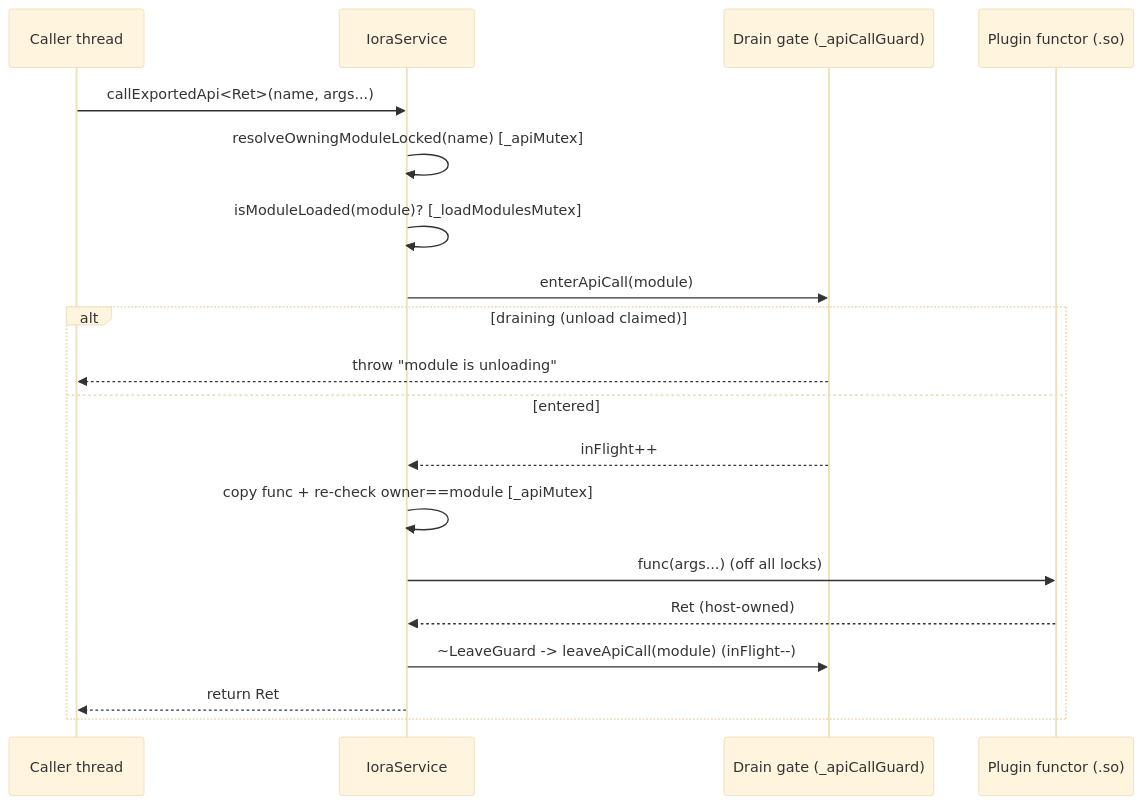
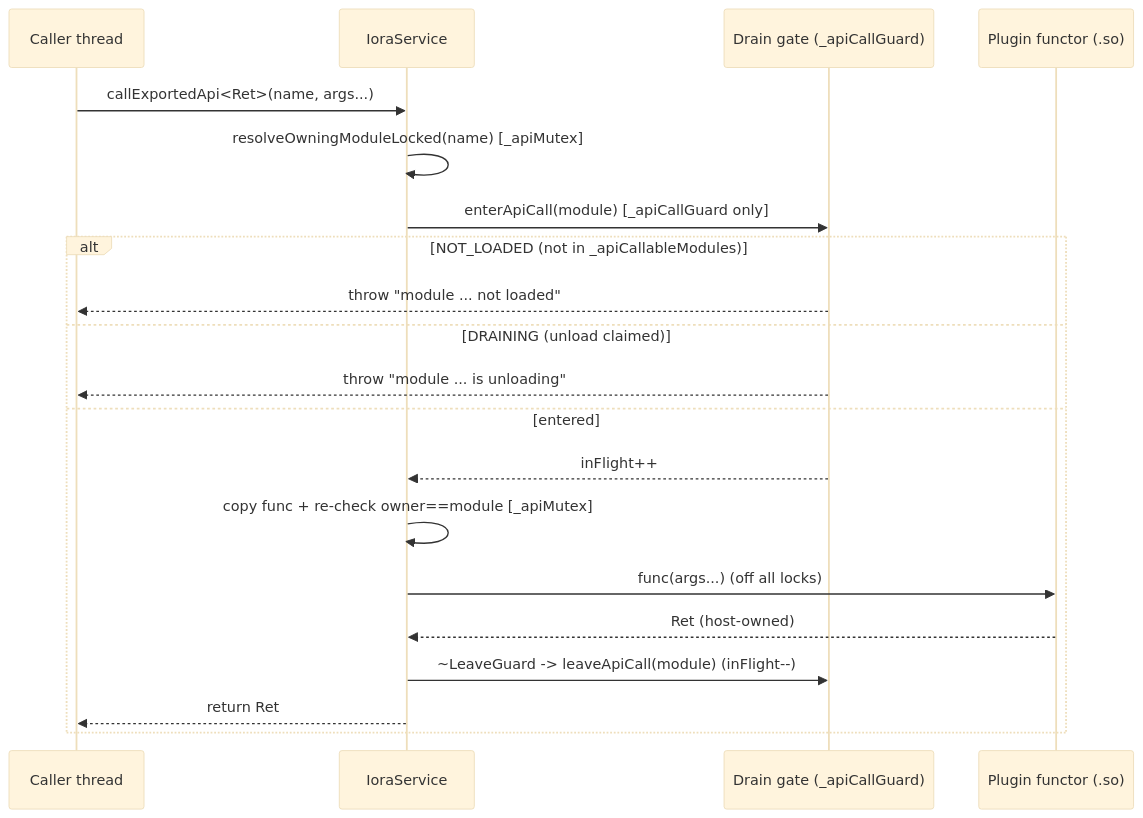
Before and after one commit to joegen/iora: the diagram in docs/iora_service.md, drawn with Mermaid (base theme). The commit also changed other lines of this file, not shown here.

````diff
--- a/docs/iora_service.md
+++ b/docs/iora_service.md
@@ -101,22 +104,23 @@
 ```mermaid
 sequenceDiagram
     participant App as Caller thread
     participant Svc as IoraService
     participant Gate as Drain gate (_apiCallGuard)
     participant Plug as Plugin functor (.so)
 
     App->>Svc: callExportedApi<Ret>(name, args...)
     Svc->>Svc: resolveOwningModuleLocked(name) [_apiMutex]
-    Svc->>Svc: isModuleLoaded(module)? [_loadModulesMutex]
-    Svc->>Gate: enterApiCall(module)
-    alt draining (unload claimed)
-        Gate-->>App: throw "module is unloading"
+    Svc->>Gate: enterApiCall(module) [_apiCallGuard only]
+    alt NOT_LOADED (not in _apiCallableModules)
+        Gate-->>App: throw "module ... not loaded"
+    else DRAINING (unload claimed)
+        Gate-->>App: throw "module ... is unloading"
     else entered
         Gate-->>Svc: inFlight++
         Svc->>Svc: copy func + re-check owner==module [_apiMutex]
         Svc->>Plug: func(args...)  (off all locks)
         Plug-->>Svc: Ret (host-owned)
         Svc->>Gate: ~LeaveGuard -> leaveApiCall(module) (inFlight--)
         Svc-->>App: return Ret
     end
 ```
````
